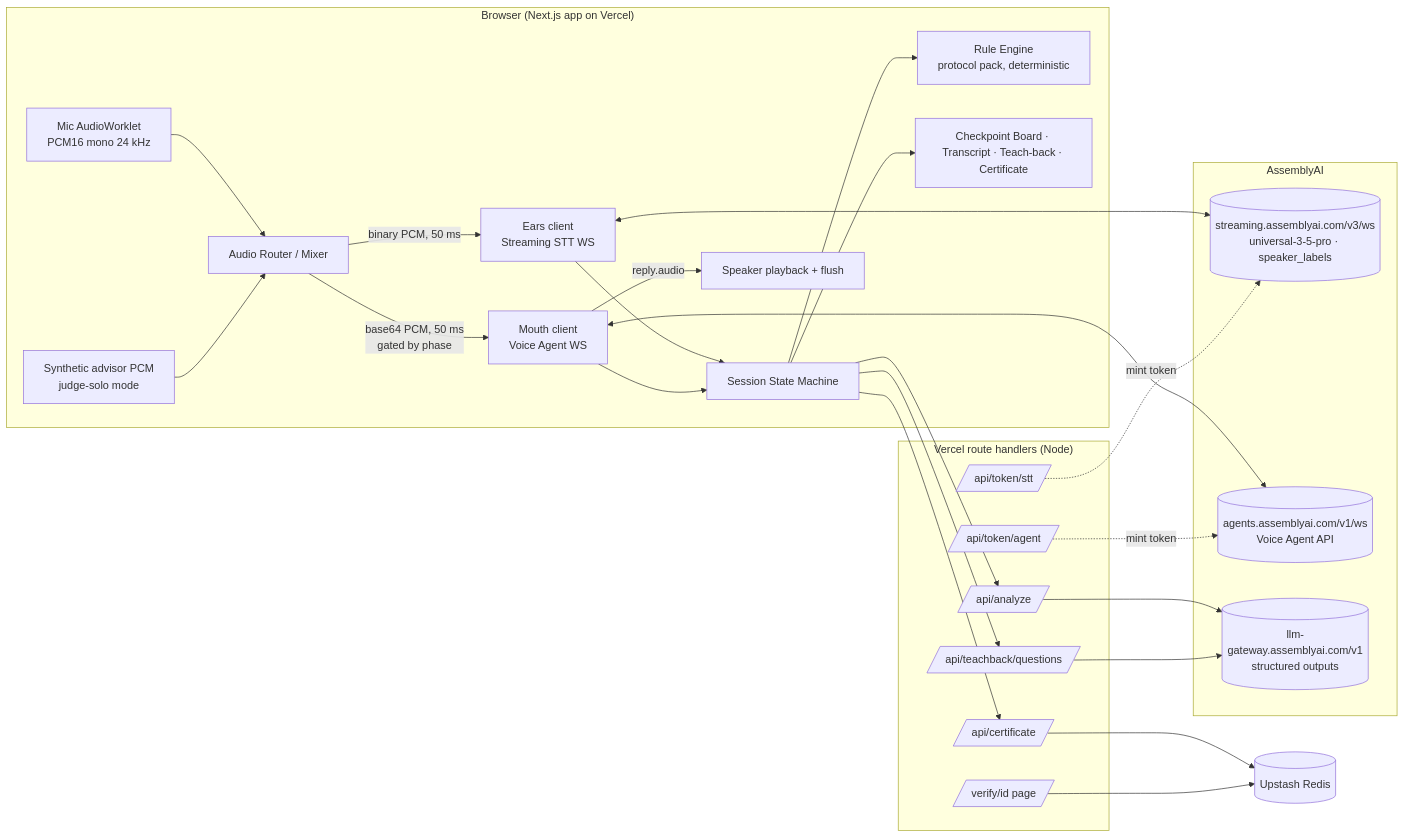
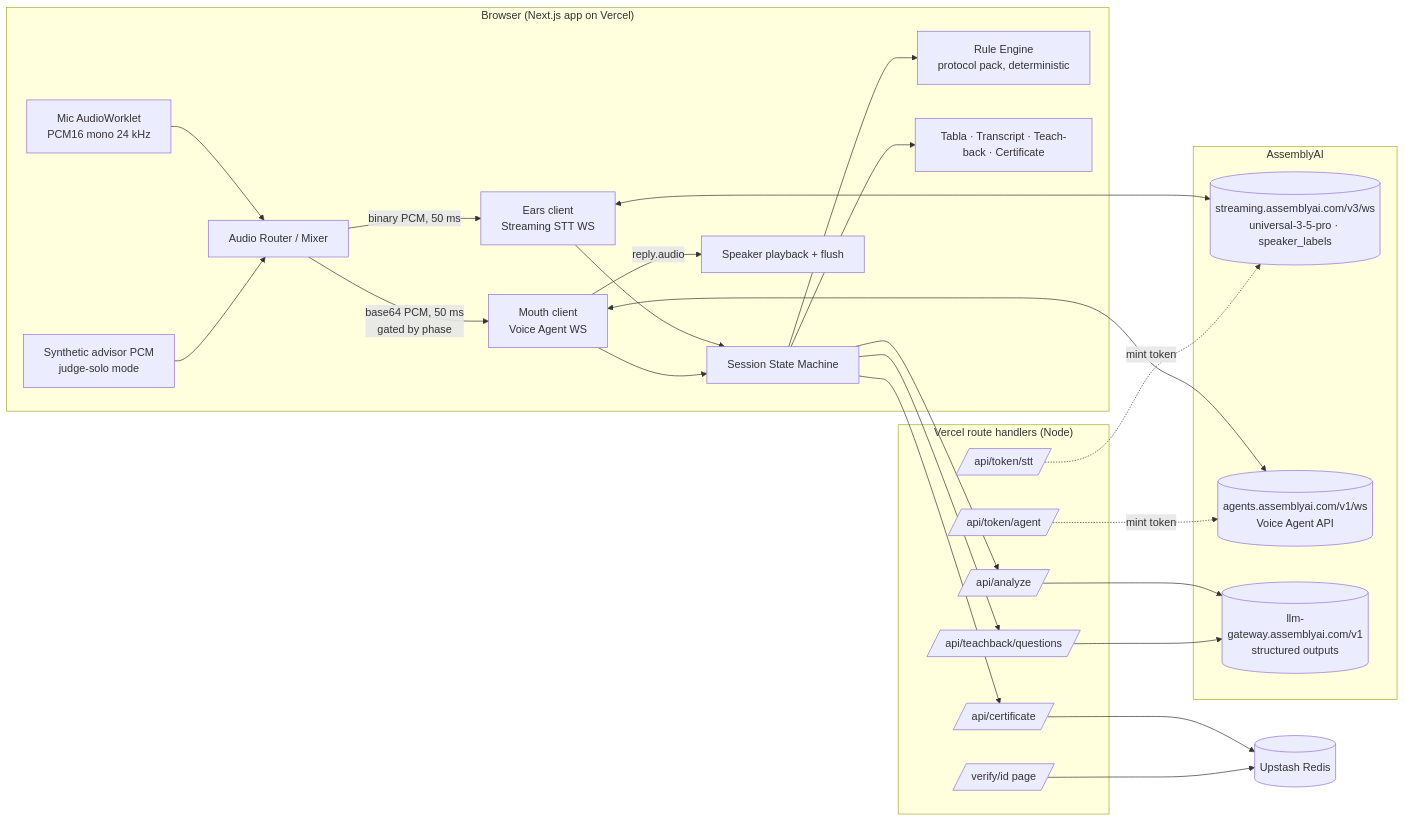
One commit to MONSTERBOY110/Saakshi changed the diagram in README.md. Above: the diagram before and after it, drawn with Mermaid. The commit also changed other lines of this file and 78 other files, not shown here.

````diff
--- a/README.md
+++ b/README.md
@@ -11,35 +96,35 @@
 ```mermaid
 flowchart LR
   subgraph Browser["Browser (Next.js app on Vercel)"]
     MIC[Mic AudioWorklet<br/>PCM16 mono 24 kHz] --> MIX[Audio Router / Mixer]
     SYN[Synthetic advisor PCM<br/>judge-solo mode] --> MIX
     MIX -->|binary PCM, 50 ms| EARS[Ears client<br/>Streaming STT WS]
     MIX -->|base64 PCM, 50 ms<br/>gated by phase| MOUTH[Mouth client<br/>Voice Agent WS]
     EARS --> SM[Session State Machine]
     MOUTH --> SM
     SM --> RULES[Rule Engine<br/>protocol pack, deterministic]
-    SM --> UI[Checkpoint Board · Transcript · Teach-back · Certificate]
+    SM --> UI[Tabla · Transcript · Teach-back · Certificate]
     MOUTH -->|reply.audio| SPK[Speaker playback + flush]
   end
   subgraph Vercel["Vercel route handlers (Node)"]
     T1[/api/token/stt/]
     T2[/api/token/agent/]
     AN[/api/analyze/]
     QG[/api/teachback/questions/]
     CERT[/api/certificate/]
     VER[/verify/id page/]
   end
   subgraph AAI["AssemblyAI"]
     STT[(streaming.assemblyai.com/v3/ws<br/>universal-3-5-pro · speaker_labels)]
     VA[(agents.assemblyai.com/v1/ws<br/>Voice Agent API)]
     LLM[(llm-gateway.assemblyai.com/v1<br/>structured outputs)]
   end
   EARS <--> STT
   MOUTH <--> VA
   SM --> AN --> LLM
   SM --> QG --> LLM
   SM --> CERT --> KV[(Upstash Redis)]
   VER --> KV
   T1 -.mint token.-> STT
   T2 -.mint token.-> VA
 ```
````
